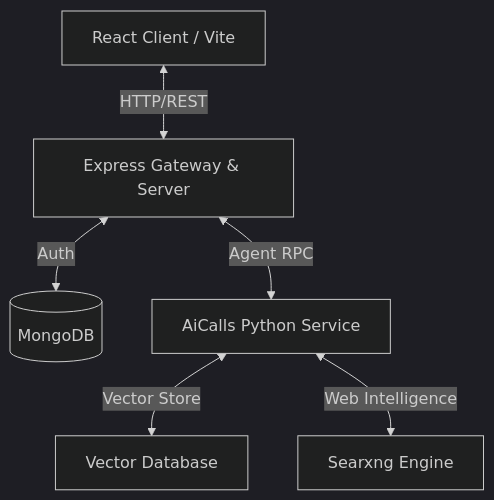
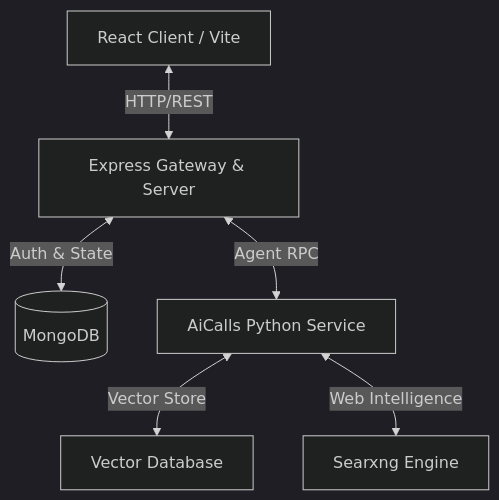
One commit to Anirban-dev/AiChatBot changed the diagram in README.md. Above: the diagram before and after it, drawn with Mermaid (dark theme). The commit also changed other lines of this file and 37 other files, not shown here.

````diff
--- a/README.md
+++ b/README.md
@@ -7,8 +7,8 @@
 ```mermaid
 graph TD
     A[React Client / Vite] <-->|HTTP/REST| B[Express Gateway & Server]
-    B <-->|Auth| C[(MongoDB)]
+    B <-->|Auth & State| C[(MongoDB)]
     B <-->|Agent RPC| D[AiCalls Python Service]
     D <-->|Vector Store| E[Vector Database]
     D <-->|Web Intelligence| F[Searxng Engine]
 ```
````
